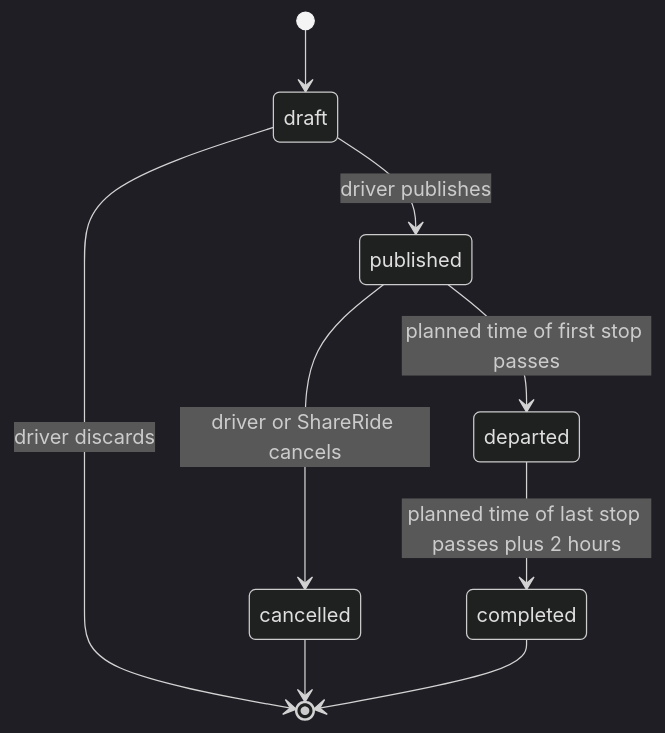
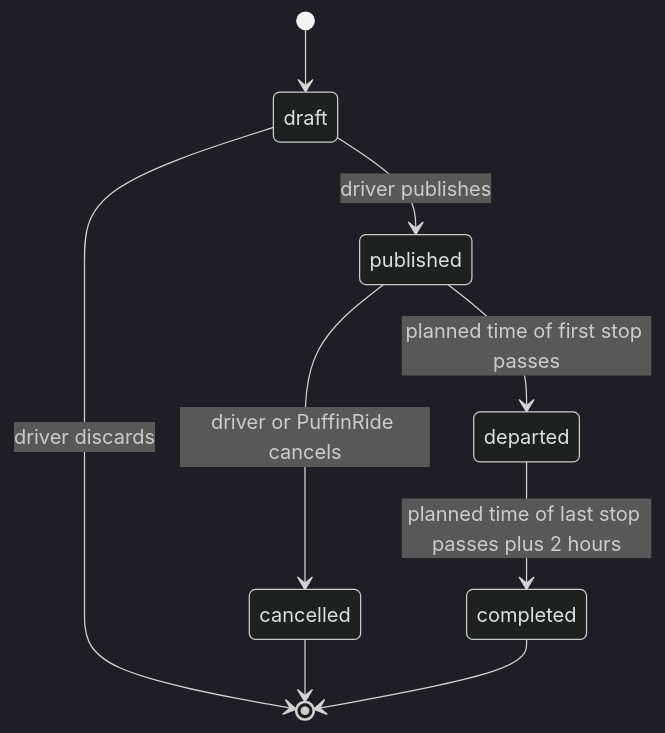
One commit to safarcikm/ShareRide changed the second of 2 diagrams in docs/architecture/domain-model.md. Above: the diagram before and after it, drawn with Mermaid (dark theme). The commit also changed other lines of this file and 24 other files, not shown here.

First line of the commit message:
docs: the living docs and legal drafts say PuffinRide

````diff
--- a/docs/architecture/domain-model.md
+++ b/docs/architecture/domain-model.md
@@ -435,11 +435,11 @@
 ```mermaid
 stateDiagram-v2
   [*] --> draft
   draft --> published : driver publishes
   draft --> [*] : driver discards
-  published --> cancelled : driver or ShareRide cancels
+  published --> cancelled : driver or PuffinRide cancels
   published --> departed : planned time of first stop passes
   departed --> completed : planned time of last stop passes plus 2 hours
   cancelled --> [*]
   completed --> [*]
 ```
````
